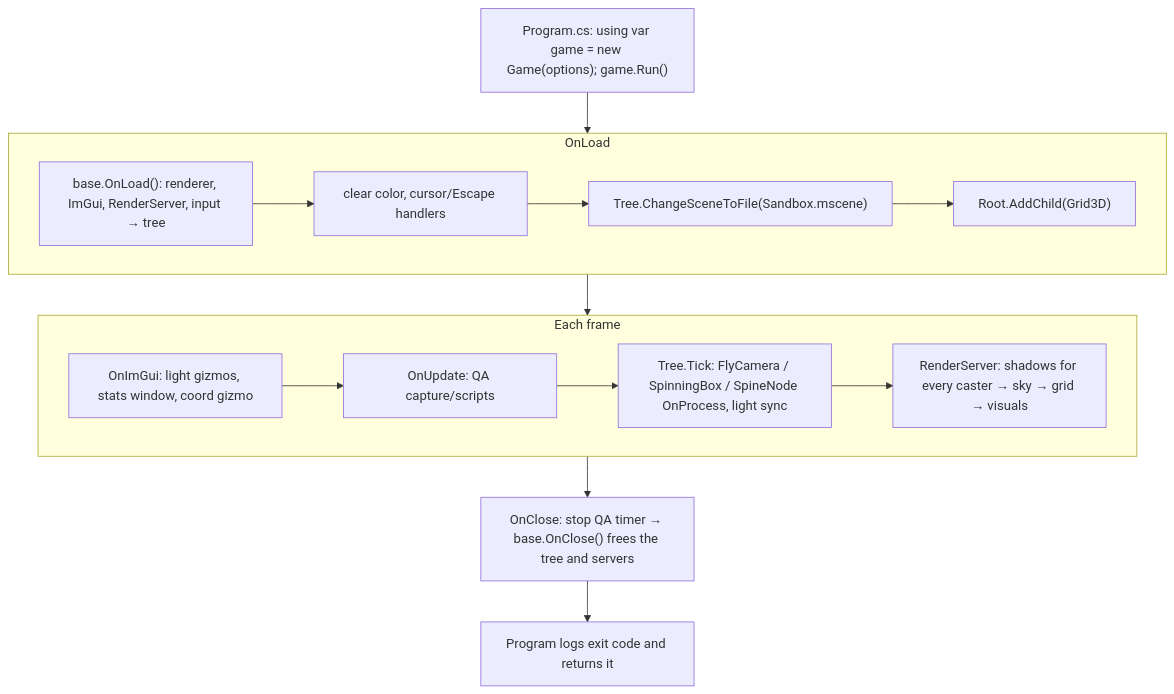
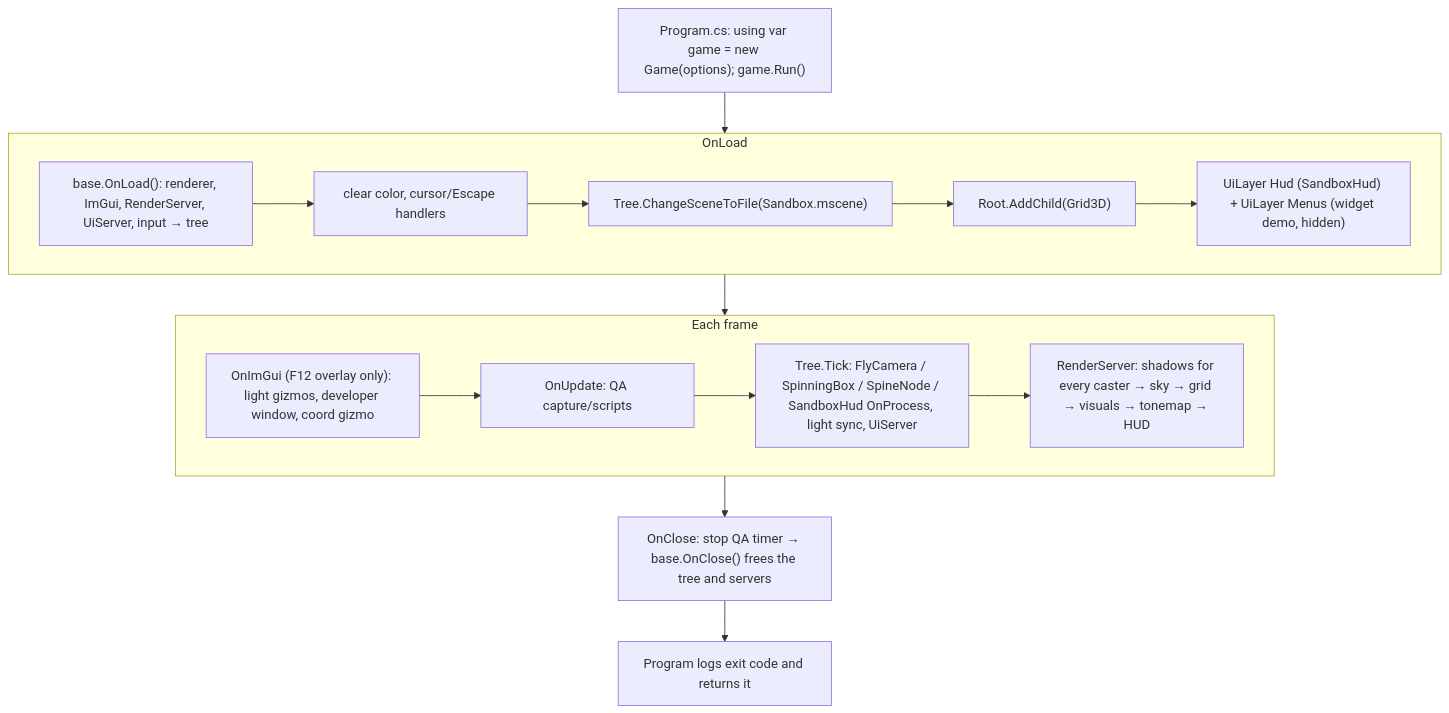
One commit to Mainframe-Games/mainframe-engine changed the diagram in docs/design/sandbox.md. Above: the diagram before and after it, drawn with Mermaid. The commit also changed other lines of this file and 26 other files, not shown here.

````diff
--- a/docs/design/sandbox.md
+++ b/docs/design/sandbox.md
@@ -92,16 +92,17 @@
 ```mermaid
 flowchart TD
     P["Program.cs: using var game = new Game(options); game.Run()"] --> L
     subgraph L["OnLoad"]
-        L1["base.OnLoad(): renderer, ImGui, RenderServer, input → tree"] --> L2["clear color, cursor/Escape handlers"]
+        L1["base.OnLoad(): renderer, ImGui, RenderServer, UiServer, input → tree"] --> L2["clear color, cursor/Escape handlers"]
         L2 --> L3["Tree.ChangeSceneToFile(Sandbox.mscene)"] --> L4["Root.AddChild(Grid3D)"]
+        L4 --> L5["UiLayer Hud (SandboxHud) + UiLayer Menus (widget demo, hidden)"]
     end
     L --> F
     subgraph F["Each frame"]
-        F1["OnImGui: light gizmos, stats window, coord gizmo"] --> F2["OnUpdate: QA capture/scripts"]
-        F2 --> F3["Tree.Tick: FlyCamera / SpinningBox / SpineNode OnProcess, light sync"]
-        F3 --> F4["RenderServer: shadows for every caster → sky → grid → visuals"]
+        F1["OnImGui (F12 overlay only): light gizmos, developer window, coord gizmo"] --> F2["OnUpdate: QA capture/scripts"]
+        F2 --> F3["Tree.Tick: FlyCamera / SpinningBox / SpineNode / SandboxHud OnProcess, light sync, UiServer"]
+        F3 --> F4["RenderServer: shadows for every caster → sky → grid → visuals → tonemap → HUD"]
     end
     F --> C["OnClose: stop QA timer → base.OnClose() frees the tree and servers"]
     C --> X["Program logs exit code and returns it"]
 ```
````
